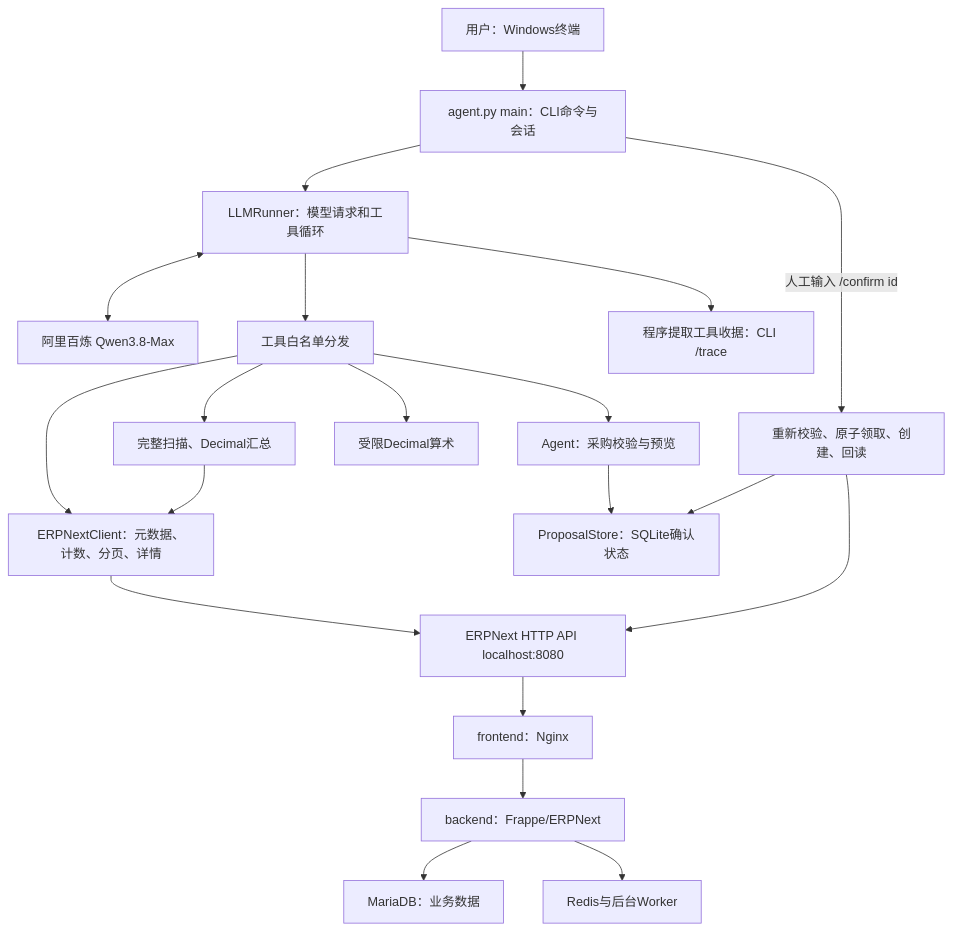
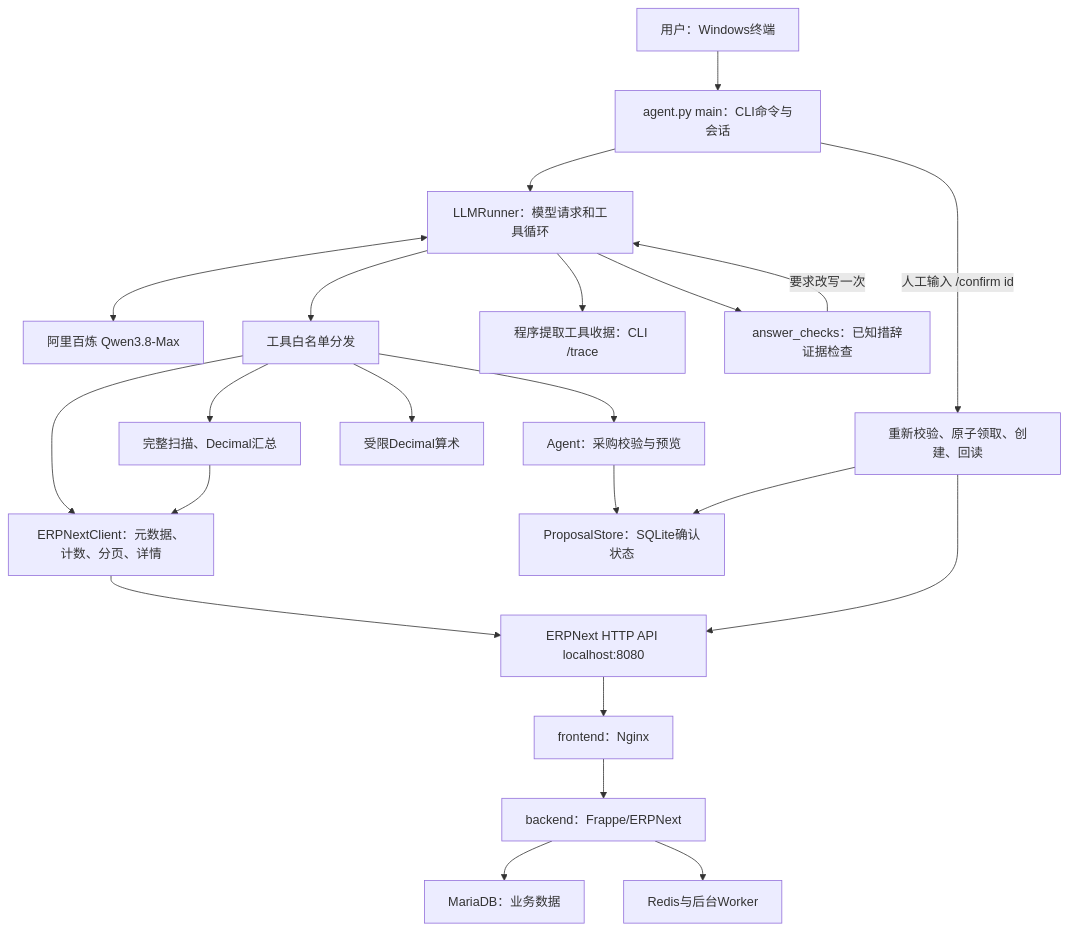
One commit to chengzhideng2026/gonghe-homework changed the diagram in ARCHITECTURE.md. Above: the diagram before and after it, drawn with Mermaid. The commit also changed other lines of this file and 18 other files, not shown here.

````diff
--- a/ARCHITECTURE.md
+++ b/ARCHITECTURE.md
@@ -19,22 +19,24 @@
 ```mermaid
 flowchart TD
     User[用户：Windows终端] --> CLI[agent.py main：CLI命令与会话]
     CLI --> Runner[LLMRunner：模型请求和工具循环]
     Runner <--> Qwen[阿里百炼 Qwen3.8-Max]
     Runner --> Dispatch[工具白名单分发]
     Runner --> Receipt[程序提取工具收据：CLI /trace]
+    Runner --> Check[answer_checks：已知措辞证据检查]
+    Check -->|要求改写一次| Runner
     Dispatch --> Read[ERPNextClient：元数据、计数、分页、详情]
     Dispatch --> Agg[完整扫描、Decimal汇总]
     Dispatch --> Calc[受限Decimal算术]
     Dispatch --> Preview[Agent：采购校验与预览]
     Preview --> Journal[ProposalStore：SQLite确认状态]
     CLI -->|人工输入 /confirm id| Confirm[重新校验、原子领取、创建、回读]
     Confirm --> Journal
     Confirm --> ERPAPI[ERPNext HTTP API localhost:8080]
     Read --> ERPAPI
     Agg --> Read
     ERPAPI --> Nginx[frontend：Nginx]
     Nginx --> Frappe[backend：Frappe/ERPNext]
     Frappe --> DB[MariaDB：业务数据]
     Frappe --> Redis[Redis与后台Worker]
 ```
````
